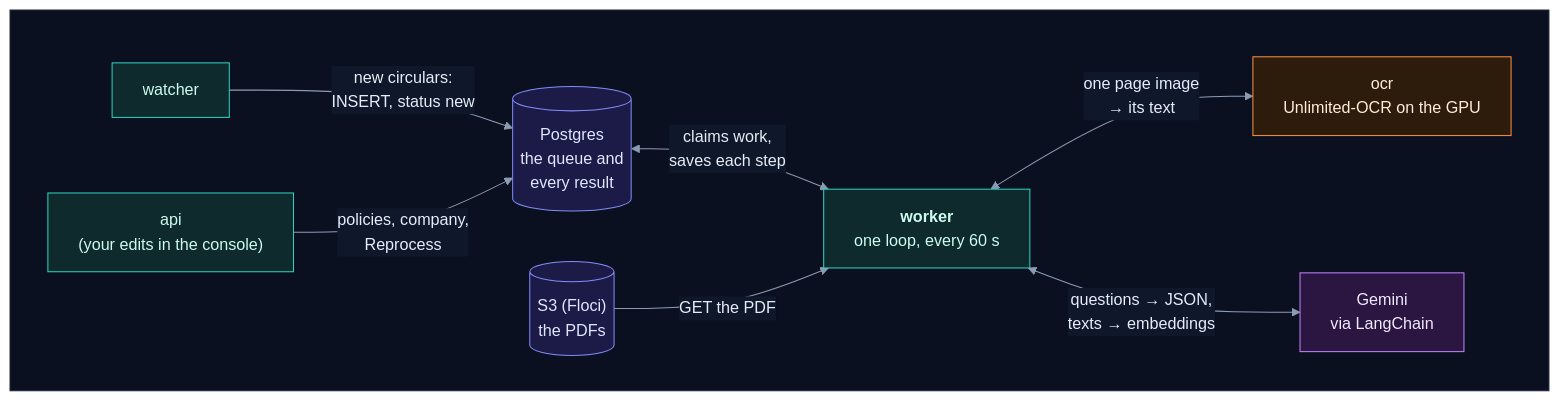
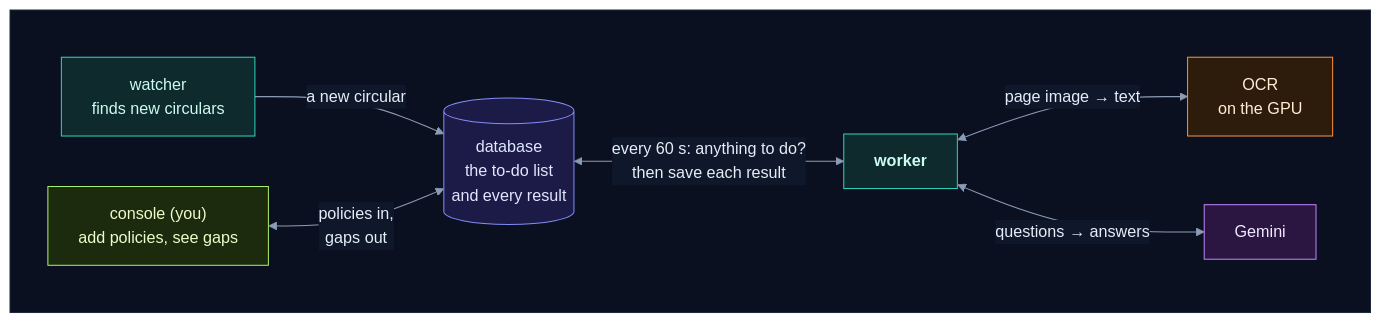
One commit to selvakumarperumal/Regulatory_Circular_Impact_Agent changed the first of 12 diagrams in how_the_worker_works.md. Above: the diagram before and after it, drawn with Mermaid. The commit also changed other lines of this file and 4 other files, not shown here.

````diff
--- a/how_the_worker_works.md
+++ b/how_the_worker_works.md
@@ -46,27 +33,27 @@
 ```mermaid
 %%{init: {"theme": "base", "flowchart": {"diagramPadding": 0}, "themeVariables": {"darkMode": true, "primaryColor": "#16213a", "primaryTextColor": "#e6edf7", "primaryBorderColor": "#475a7a", "lineColor": "#8b9bb4", "secondaryColor": "#1b2436", "tertiaryColor": "#101a2e", "edgeLabelBackground": "#0f172a", "textColor": "#e2e8f0", "clusterBkg": "#0f1728", "clusterBorder": "#2b3a55", "titleColor": "#c4b5fd", "nodeTextColor": "#e6edf7"}}}%%
 flowchart LR
     subgraph canvas[" "]
         direction LR
-        watcher["watcher"] -->|"new circulars:<br/>INSERT, status new"| PG[("Postgres<br/>the queue and<br/>every result")]
-        api["api<br/>(your edits in the console)"] -->|"policies, company,<br/>Reprocess"| PG
-        PG <-->|"claims work,<br/>saves each step"| K["<b>worker</b><br/>one loop, every 60 s"]
-        S3[("S3 (Floci)<br/>the PDFs")] -->|"GET the PDF"| K
-        K <-->|"one page image<br/>→ its text"| O["ocr<br/>Unlimited-OCR on the GPU"]
-        K <-->|"questions → JSON,<br/>texts → embeddings"| G["Gemini<br/>via LangChain"]
+        watcher["watcher<br/>finds new circulars"] -->|"a new circular"| DB[("database<br/>the to-do list<br/>and every result")]
+        console["console (you)<br/>add policies, see gaps"] <-->|"policies in,<br/>gaps out"| DB
+        DB <-->|"every 60 s: anything to do?<br/>then save each result"| K["<b>worker</b>"]
+        K <-->|"page image → text"| O["OCR<br/>on the GPU"]
+        K <-->|"questions → answers"| G["Gemini"]
     end
     classDef svc fill:#0e2a2c,stroke:#2dd4bf,color:#ccfbf1
     classDef data fill:#1c1a47,stroke:#818cf8,color:#e0e7ff
     classDef ext fill:#2a1640,stroke:#c084fc,color:#f3e8ff
     classDef gpu fill:#2d1b0c,stroke:#fb923c,color:#ffedd5
     classDef ask fill:#2a2410,stroke:#fbbf24,color:#fef3c7
     classDef ok fill:#0b2a1c,stroke:#34d399,color:#d1fae5
     classDef bad fill:#2e0f17,stroke:#fb7185,color:#ffe4e6
     classDef start fill:#1c2a0e,stroke:#a7ef6f,color:#ecfccb
     classDef muted fill:#1a2130,stroke:#64748b,color:#cbd5e1
-    class watcher,api,K svc
-    class PG,S3 data
+    class watcher,K svc
+    class console start
+    class DB data
     class O gpu
     class G ext
     style canvas fill:#0b1020,stroke:#1e293b,color:#0b1020
 ```
````
